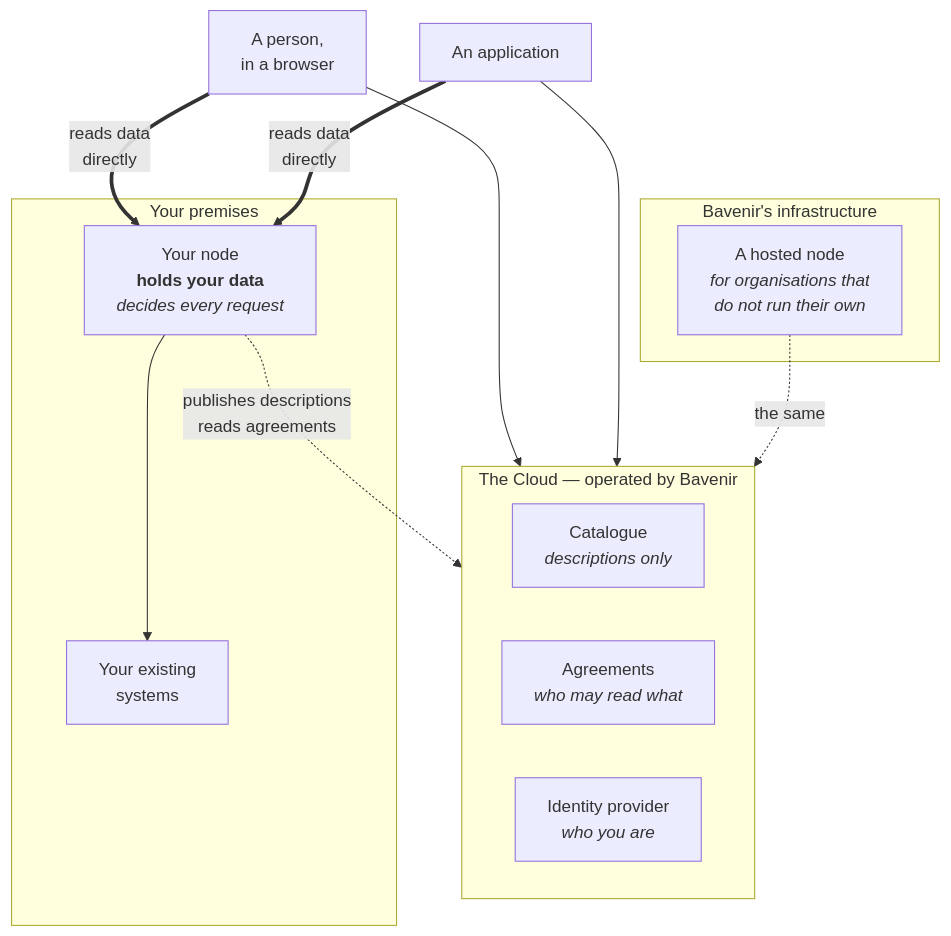
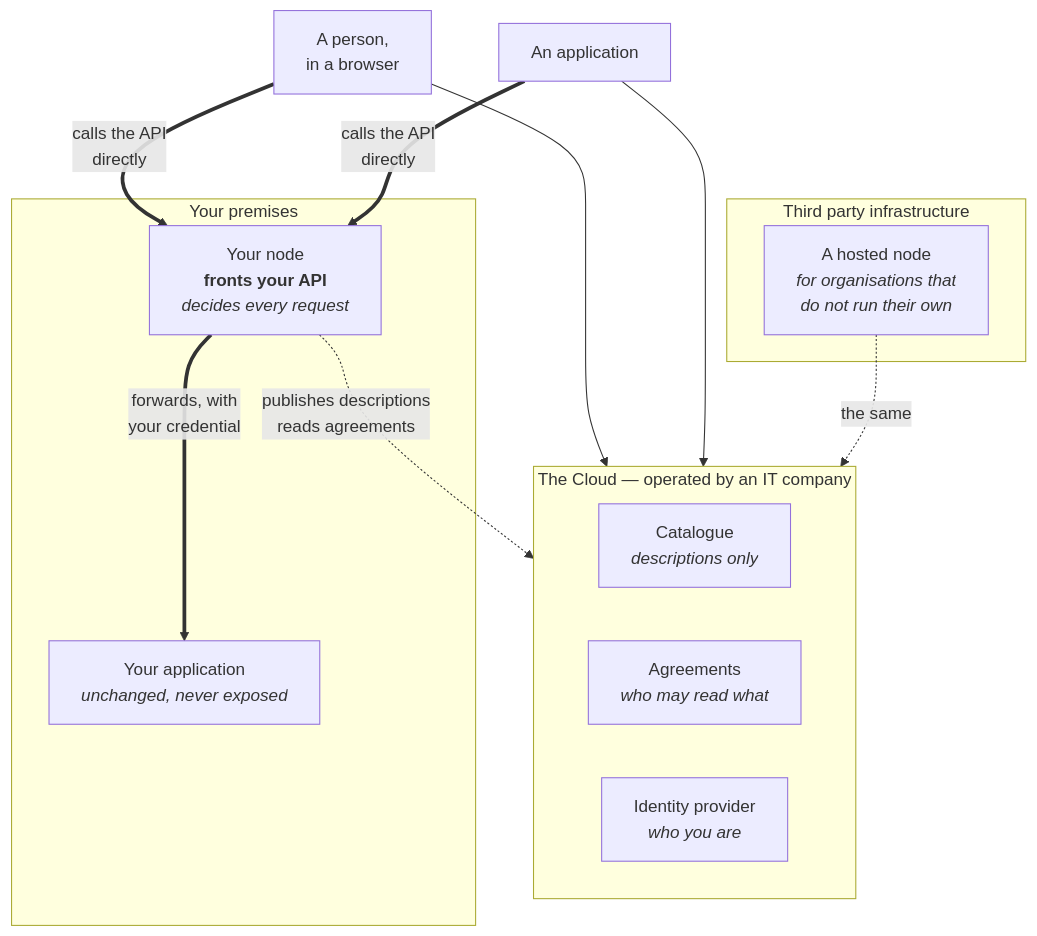
One commit to bAvenir/circuless-platform-beta changed the diagram in docs/understanding/the-pieces.md. Above: the diagram before and after it, drawn with Mermaid. The commit also changed other lines of this file and 10 other files, not shown here.

````diff
--- a/docs/understanding/the-pieces.md
+++ b/docs/understanding/the-pieces.md
@@ -7,29 +7,29 @@
 ```mermaid
 flowchart TB
-  subgraph cloud["The Cloud — operated by Bavenir"]
+  subgraph cloud["The Cloud — operated by an IT company"]
     direction LR
     CAT["Catalogue<br/><i>descriptions only</i>"]
     AGR["Agreements<br/><i>who may read what</i>"]
     IDP["Identity provider<br/><i>who you are</i>"]
   end
 
   subgraph yours["Your premises"]
-    NODE["Your node<br/><b>holds your data</b><br/><i>decides every request</i>"]
-    SVC["Your existing<br/>systems"]
+    NODE["Your node<br/><b>fronts your API</b><br/><i>decides every request</i>"]
+    SVC["Your application<br/><i>unchanged, never exposed</i>"]
   end
 
-  subgraph bvr["Bavenir's infrastructure"]
+  subgraph bvr["Third party infrastructure"]
     HOSTED["A hosted node<br/><i>for organisations that<br/>do not run their own</i>"]
   end
 
   USER["A person,<br/>in a browser"]
   APP["An application"]
 
   USER --> cloud
   APP --> cloud
   NODE -. "publishes descriptions<br/>reads agreements" .-> cloud
   HOSTED -. "the same" .-> cloud
-  USER == "reads data<br/>directly" ==> NODE
-  APP == "reads data<br/>directly" ==> NODE
-  NODE --> SVC
+  USER == "calls the API<br/>directly" ==> NODE
+  APP == "calls the API<br/>directly" ==> NODE
+  NODE == "forwards, with<br/>your credential" ==> SVC
 ```
````
